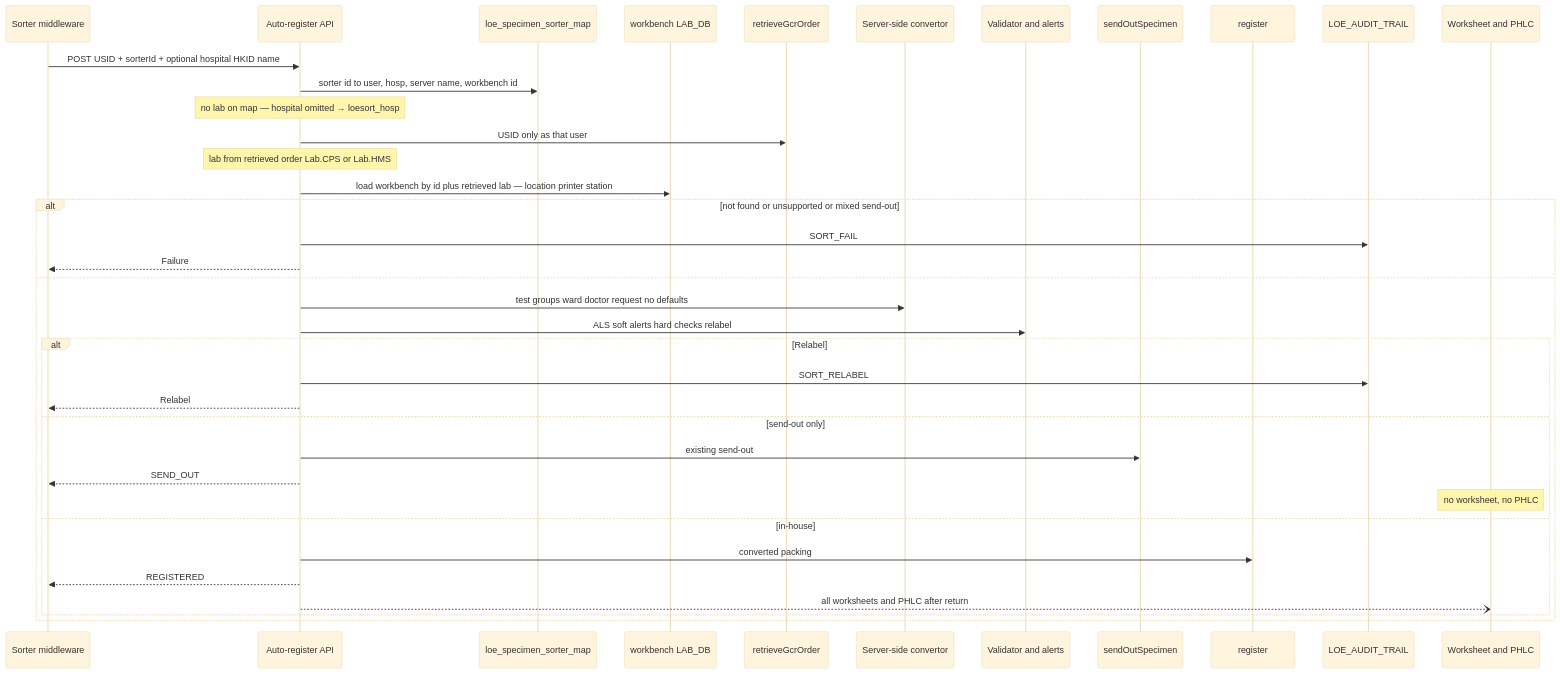
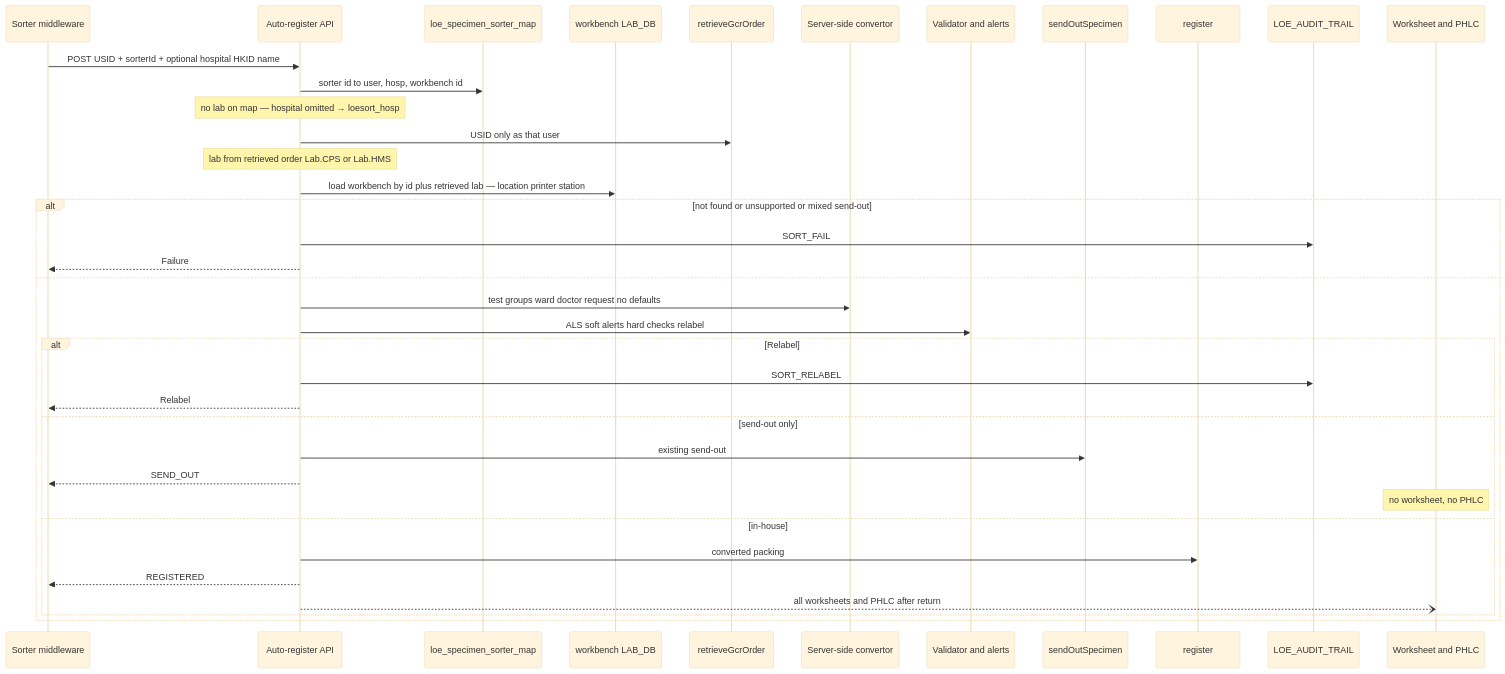
Before and after one commit to DragonChong/HA-Notes: the first of 2 diagrams in SDLC/Projects/TMP-specimen-sorter-api — Specimen Sorter API/02 System Design.md, drawn with Mermaid (base theme). The commit also changed other lines of this file and 2 other files, not shown here.

````diff
--- a/SDLC/Projects/TMP-specimen-sorter-api — Specimen Sorter API/02 System Design.md
+++ b/SDLC/Projects/TMP-specimen-sorter-api — Specimen Sorter API/02 System Design.md
@@ -69,40 +71,40 @@
 ```mermaid
 sequenceDiagram
     participant MW as Sorter middleware
     participant API as Auto-register API
     participant Map as loe_specimen_sorter_map
     participant WB as workbench LAB_DB
     participant Ret as retrieveGcrOrder
     participant Cvt as Server-side convertor
     participant Val as Validator and alerts
     participant SO as sendOutSpecimen
     participant Reg as register
     participant Aud as LOE_AUDIT_TRAIL
     participant Prn as Worksheet and PHLC
 
     MW->>API: POST USID + sorterId + optional hospital HKID name
-    API->>Map: sorter id to user, hosp, server name, workbench id
+    API->>Map: sorter id to user, hosp, workbench id
     Note over API: no lab on map — hospital omitted → loesort_hosp
     API->>Ret: USID only as that user
     Note over API: lab from retrieved order Lab.CPS or Lab.HMS
     API->>WB: load workbench by id plus retrieved lab — location printer station
     alt not found or unsupported or mixed send-out
         API->>Aud: SORT_FAIL
         API-->>MW: Failure
     else
         API->>Cvt: test groups ward doctor request no defaults
         API->>Val: ALS soft alerts hard checks relabel
         alt Relabel
             API->>Aud: SORT_RELABEL
             API-->>MW: Relabel
         else send-out only
             API->>SO: existing send-out
             API-->>MW: SEND_OUT
             Note over Prn: no worksheet, no PHLC
         else in-house
             API->>Reg: converted packing
             API-->>MW: REGISTERED
             API--)Prn: all worksheets and PHLC after return
         end
     end
 ```
````
